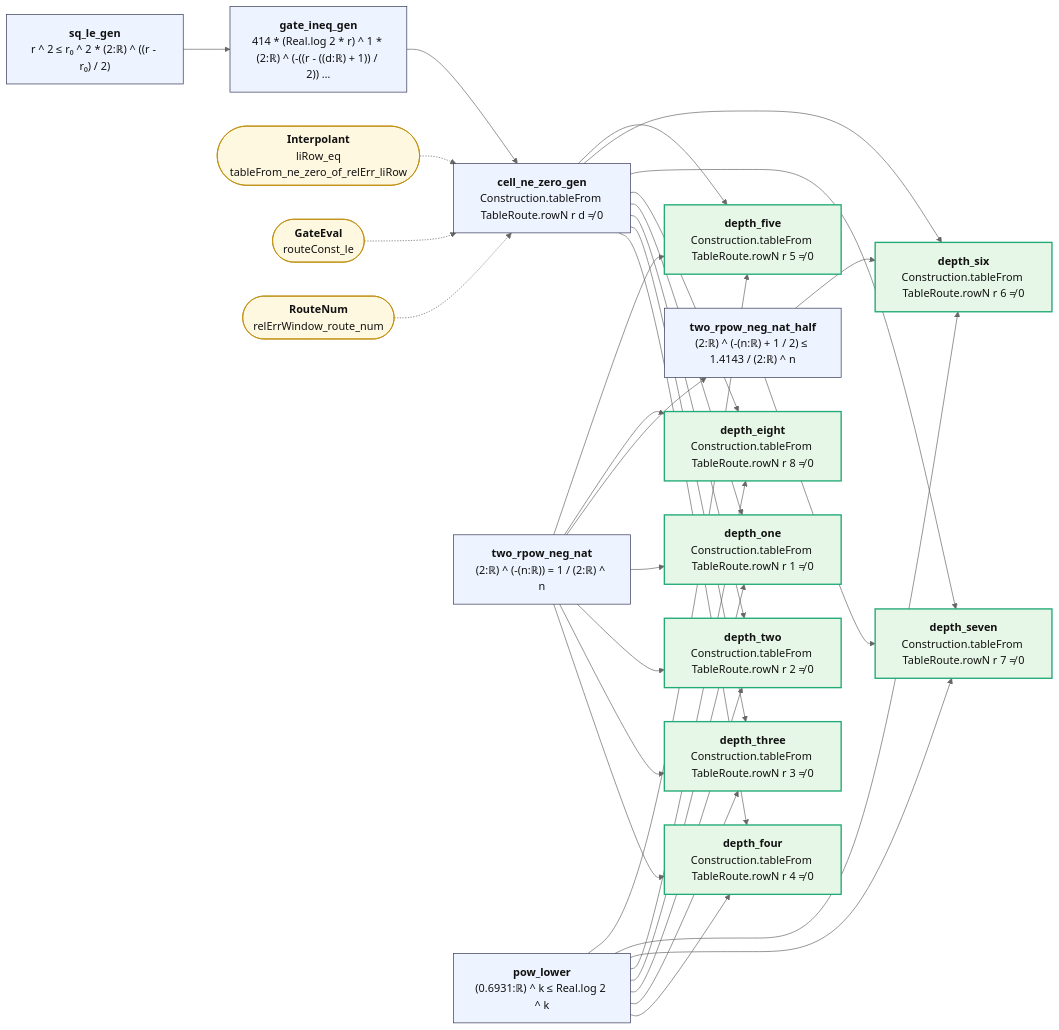
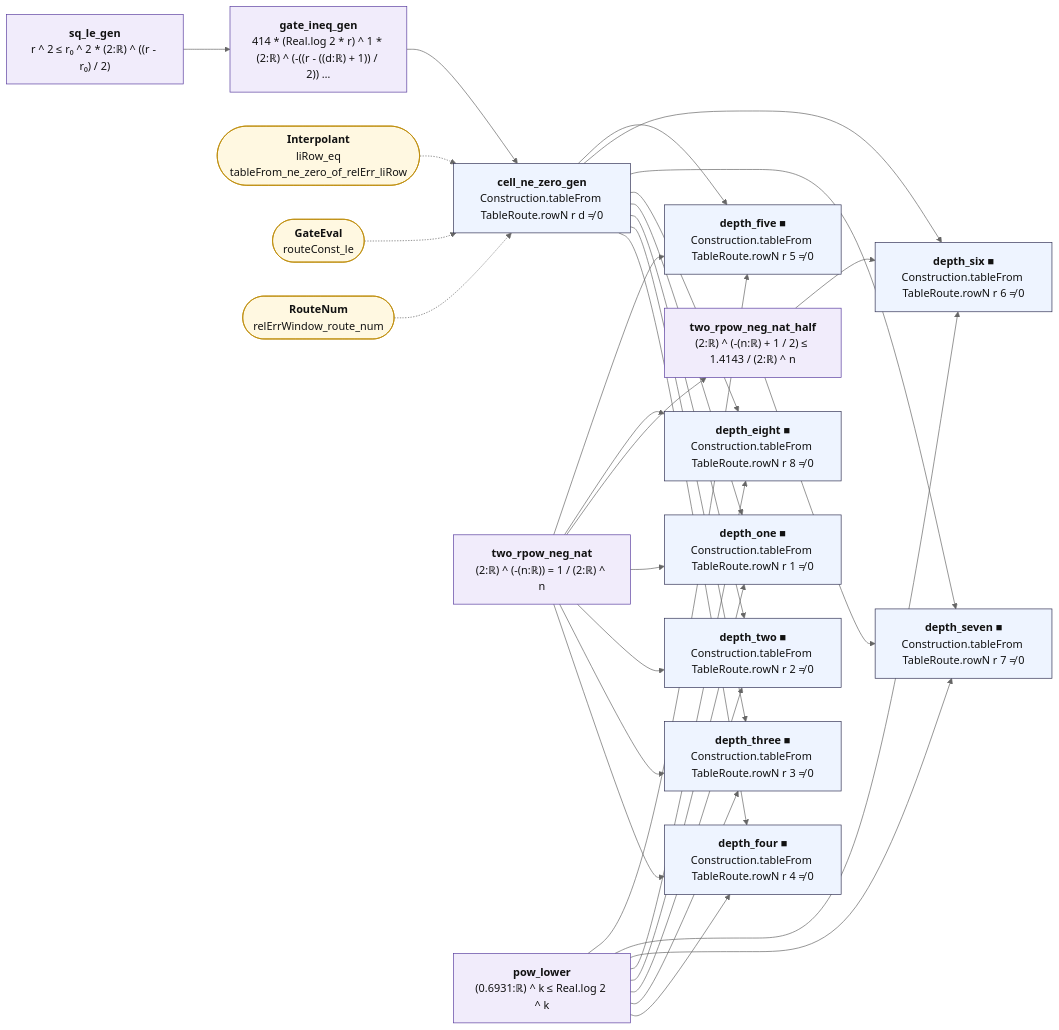
The diagram in map/lean_stage3/TableDepths.md (juliansambranojr/Primebeat_081426), drawn with Mermaid (neutral theme) before and after one commit. The commit also changed other lines of this file and 398 other files, not shown here.

First line of the commit message:
map: the table first. Three layers from Lean's record of each proof and everything beneath it: counting (integers only), shape (analysis, no zeta), reads zeta; map/TABLE.md lists every counting theorem; the Riemann hypothesis is drawn as one reading at the edge

````diff
--- a/map/lean_stage3/TableDepths.md
+++ b/map/lean_stage3/TableDepths.md
@@ -12,55 +12,58 @@
 ```mermaid
 flowchart LR
-  n0["<b>sq_le_gen</b><br/>r ^ 2 ≤ r₀ ^ 2 * (2:ℝ) ^ ((r - r₀) / 2)"]:::thm
-  n1["<b>gate_ineq_gen</b><br/>414 * (Real.log 2 * r) ^ 1 * (2:ℝ) ^ (-((r - ((d:ℝ) + 1)) / 2)) …"]:::thm
+  n0["<b>sq_le_gen</b><br/>r ^ 2 ≤ r₀ ^ 2 * (2:ℝ) ^ ((r - r₀) / 2)"]:::shp
+  n1["<b>gate_ineq_gen</b><br/>414 * (Real.log 2 * r) ^ 1 * (2:ℝ) ^ (-((r - ((d:ℝ) + 1)) / 2)) …"]:::shp
   n2["<b>cell_ne_zero_gen</b><br/>Construction.tableFrom TableRoute.rowN r d ≠ 0"]:::thm
-  n3["<b>two_rpow_neg_nat</b><br/>(2:ℝ) ^ (-(n:ℝ)) = 1 / (2:ℝ) ^ n"]:::thm
-  n4["<b>two_rpow_neg_nat_half</b><br/>(2:ℝ) ^ (-(n:ℝ) + 1 / 2) ≤ 1.4143 / (2:ℝ) ^ n"]:::thm
-  n5["<b>pow_lower</b><br/>(0.6931:ℝ) ^ k ≤ Real.log 2 ^ k"]:::thm
-  n6["<b>depth_one</b><br/>Construction.tableFrom TableRoute.rowN r 1 ≠ 0"]:::end_
-  n7["<b>depth_two</b><br/>Construction.tableFrom TableRoute.rowN r 2 ≠ 0"]:::end_
-  n8["<b>depth_three</b><br/>Construction.tableFrom TableRoute.rowN r 3 ≠ 0"]:::end_
-  n9["<b>depth_four</b><br/>Construction.tableFrom TableRoute.rowN r 4 ≠ 0"]:::end_
-  n10["<b>depth_five</b><br/>Construction.tableFrom TableRoute.rowN r 5 ≠ 0"]:::end_
-  n11["<b>depth_six</b><br/>Construction.tableFrom TableRoute.rowN r 6 ≠ 0"]:::end_
-  n12["<b>depth_seven</b><br/>Construction.tableFrom TableRoute.rowN r 7 ≠ 0"]:::end_
-  n13["<b>depth_eight</b><br/>Construction.tableFrom TableRoute.rowN r 8 ≠ 0"]:::end_
+  n3["<b>two_rpow_neg_nat</b><br/>(2:ℝ) ^ (-(n:ℝ)) = 1 / (2:ℝ) ^ n"]:::shp
+  n4["<b>two_rpow_neg_nat_half</b><br/>(2:ℝ) ^ (-(n:ℝ) + 1 / 2) ≤ 1.4143 / (2:ℝ) ^ n"]:::shp
+  n5["<b>pow_lower</b><br/>(0.6931:ℝ) ^ k ≤ Real.log 2 ^ k"]:::shp
+  n6["<b>depth_one ■</b><br/>Construction.tableFrom TableRoute.rowN r 1 ≠ 0"]:::thm
+  n7["<b>depth_two ■</b><br/>Construction.tableFrom TableRoute.rowN r 2 ≠ 0"]:::thm
+  n8["<b>depth_three ■</b><br/>Construction.tableFrom TableRoute.rowN r 3 ≠ 0"]:::thm
+  n9["<b>depth_four ■</b><br/>Construction.tableFrom TableRoute.rowN r 4 ≠ 0"]:::thm
+  n10["<b>depth_five ■</b><br/>Construction.tableFrom TableRoute.rowN r 5 ≠ 0"]:::thm
+  n11["<b>depth_six ■</b><br/>Construction.tableFrom TableRoute.rowN r 6 ≠ 0"]:::thm
+  n12["<b>depth_seven ■</b><br/>Construction.tableFrom TableRoute.rowN r 7 ≠ 0"]:::thm
+  n13["<b>depth_eight ■</b><br/>Construction.tableFrom TableRoute.rowN r 8 ≠ 0"]:::thm
   x0(["<b>Interpolant</b><br/>liRow_eq<br/>tableFrom_ne_zero_of_relErr_liRow"]):::ext
   x1(["<b>GateEval</b><br/>routeConst_le"]):::ext
   x2(["<b>RouteNum</b><br/>relErrWindow_route_num"]):::ext
   n0 --> n1
   n1 --> n2
   n2 --> n10
   n2 --> n11
   n2 --> n12
   n2 --> n13
   n2 --> n6
   n2 --> n7
   n2 --> n8
   n2 --> n9
   n3 --> n10
   n3 --> n13
   n3 --> n4
   n3 --> n6
   n3 --> n7
   n3 --> n8
   n3 --> n9
   n4 --> n11
   n4 --> n12
   n5 --> n10
   n5 --> n11
   n5 --> n12
   n5 --> n13
   n5 --> n6
   n5 --> n7
   n5 --> n8
   n5 --> n9
   x0 -.-> n2
   x1 -.-> n2
   x2 -.-> n2
+  classDef cnt fill:#dff5ec,stroke:#17694a,color:#111
+  classDef shp fill:#f1ecfb,stroke:#5b3fa0,color:#111
+  classDef rh fill:#ffe5e5,stroke:#c22,color:#111,stroke-width:2px
   classDef thm fill:#eef4ff,stroke:#335,color:#111
   classDef end_ fill:#e7f7e7,stroke:#2a7,color:#111,stroke-width:2px
   classDef lone fill:#fff,stroke:#999,color:#111,stroke-dasharray:4 3
   classDef bad fill:#ffe5e5,stroke:#c22,color:#111,stroke-width:2px
   classDef ext fill:#fff8e1,stroke:#b80,color:#111
 ```
````
